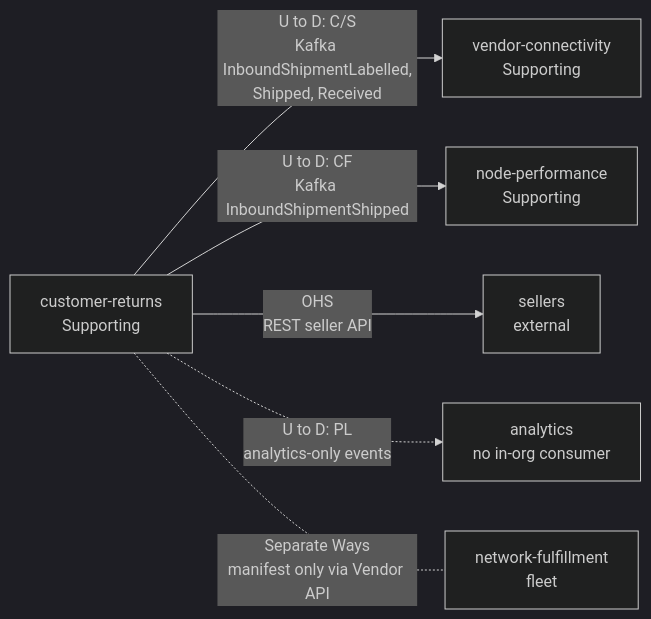
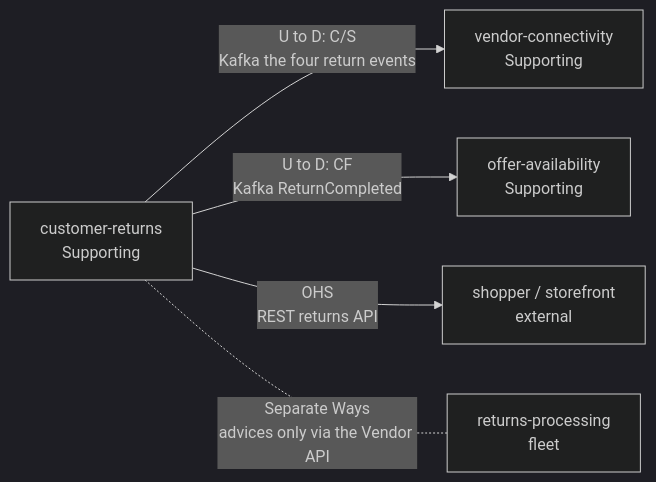
Before and after one commit to IQVO/customer-returns: the second of 2 diagrams in docs/docs/ddd/context-map.md, drawn with Mermaid (dark theme). The commit also changed other lines of this file and 13 other files, not shown here.

````diff
--- a/docs/docs/ddd/context-map.md
+++ b/docs/docs/ddd/context-map.md
@@ -32,14 +37,12 @@
 ```mermaid
 flowchart LR
-    SI["customer-returns<br/>Supporting"]
+    CR["customer-returns<br/>Supporting"]
     VC["vendor-connectivity<br/>Supporting"]
-    SEL["sellers<br/>external"]
-    AN["analytics<br/>no in-org consumer"]
-    NF["network-fulfillment<br/>fleet"]
-    NP["node-performance<br/>Supporting"]
-    SI -->|"U to D: C/S<br/>Kafka InboundShipmentLabelled,<br/>Shipped, Received"| VC
-    SI -->|"U to D: CF<br/>Kafka InboundShipmentShipped"| NP
-    SI -->|"OHS<br/>REST seller API"| SEL
-    SI -.->|"U to D: PL<br/>analytics-only events"| AN
-    SI -. "Separate Ways<br/>manifest only via Vendor API" .- NF
+    OA["offer-availability<br/>Supporting"]
+    SH["shopper / storefront<br/>external"]
+    RP["returns-processing<br/>fleet"]
+    CR -->|"U to D: C/S<br/>Kafka the four return events"| VC
+    CR -->|"U to D: CF<br/>Kafka ReturnCompleted"| OA
+    CR -->|"OHS<br/>REST returns API"| SH
+    CR -. "Separate Ways<br/>advices only via the Vendor API" .- RP
 ```
````
